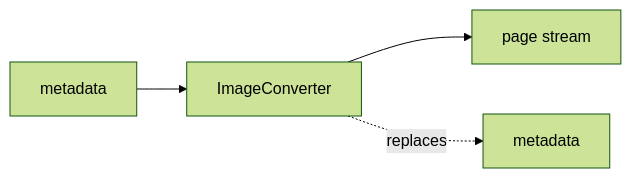
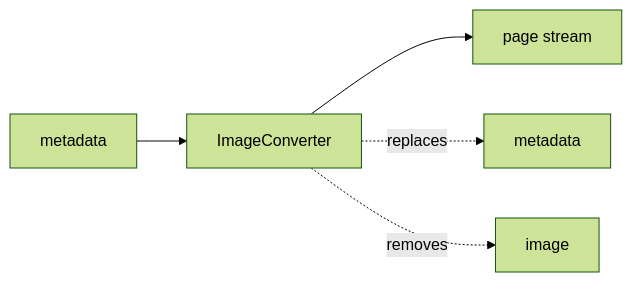
Before and after one commit to storytracer/linecaster: the diagram in docs/blocks/conversion/ImageConverter.md, drawn with Mermaid (forest theme). The commit also changed other lines of this file and 9 other files, not shown here.

````diff
--- a/docs/blocks/conversion/ImageConverter.md
+++ b/docs/blocks/conversion/ImageConverter.md
@@ -49,7 +51,8 @@
 ```mermaid
 flowchart LR
     B["ImageConverter"]
     r0["metadata"] --> B
     B --> a0["page stream"]
     B -. replaces .-> x0["metadata"]
+    B -. removes .-> d0["image"]
 ```
````
